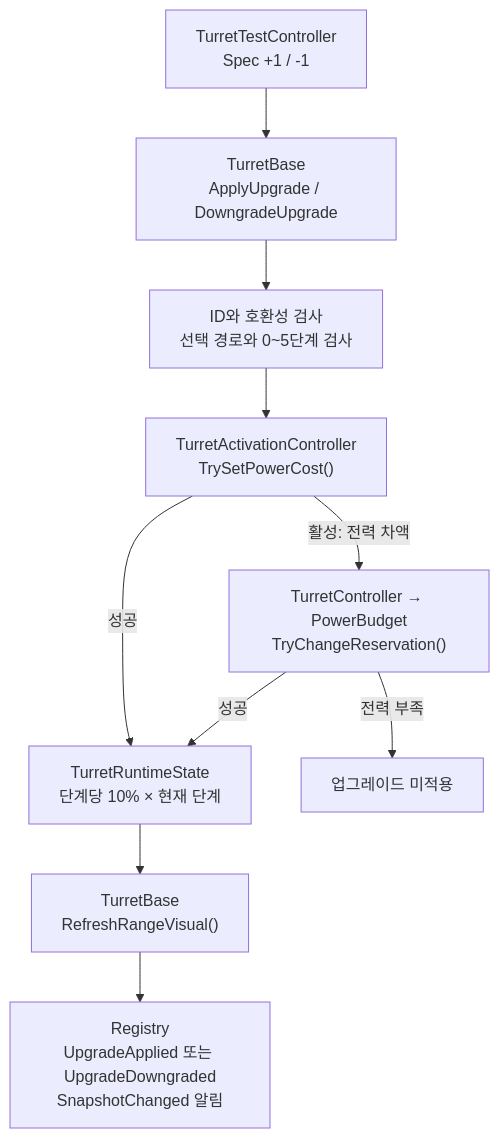
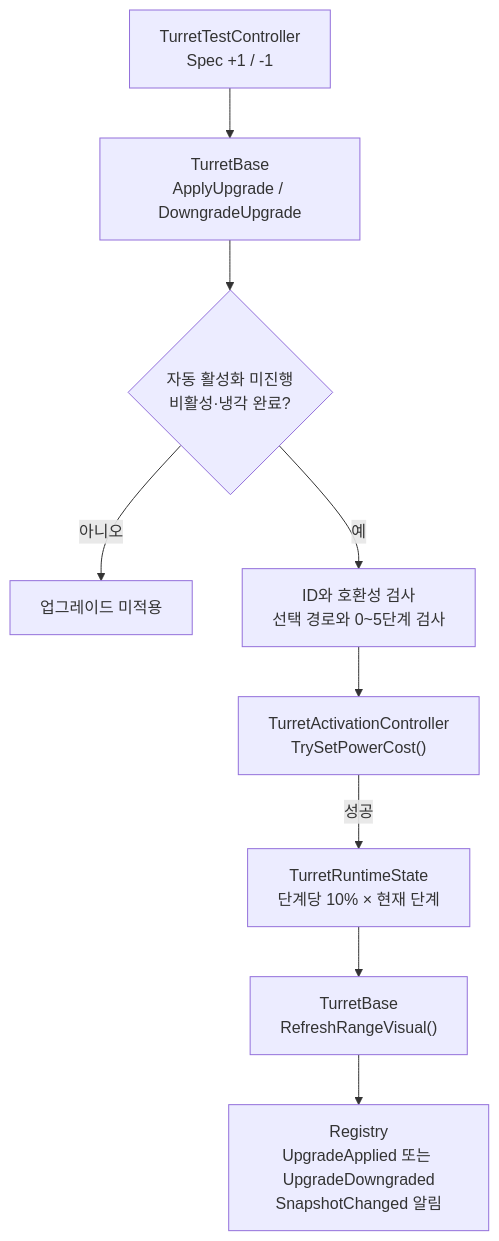
Diagram 11 of 16 in Docs/architecture/turret-system-guide.md (Team-HJD-21/unity-6-the-developer), drawn with Mermaid before and after one commit. The commit also changed other lines of this file and 7 other files, not shown here.

````diff
--- a/Docs/architecture/turret-system-guide.md
+++ b/Docs/architecture/turret-system-guide.md
@@ -509,12 +509,11 @@
 ```mermaid
 flowchart TD
     UI["TurretTestController<br>Spec +1 / -1"] --> Base["TurretBase<br>ApplyUpgrade / DowngradeUpgrade"]
-    Base --> Check["ID와 호환성 검사<br>선택 경로와 0~5단계 검사"]
+    Base --> Gate{"자동 활성화 미진행<br>비활성·냉각 완료?"}
+    Gate -->|아니오| Reject["업그레이드 미적용"]
+    Gate -->|예| Check["ID와 호환성 검사<br>선택 경로와 0~5단계 검사"]
     Check --> Power["TurretActivationController<br>TrySetPowerCost()"]
-    Power -->|활성: 전력 차액| CU["TurretController → PowerBudget<br>TryChangeReservation()"]
     Power -->|성공| State["TurretRuntimeState<br>단계당 10% × 현재 단계"]
-    CU -->|성공| State
-    CU -->|전력 부족| Reject["업그레이드 미적용"]
     State --> Visual["TurretBase<br>RefreshRangeVisual()"]
     Visual --> Event["Registry<br>UpgradeApplied 또는 UpgradeDowngraded<br>SnapshotChanged 알림"]
 ```
````
